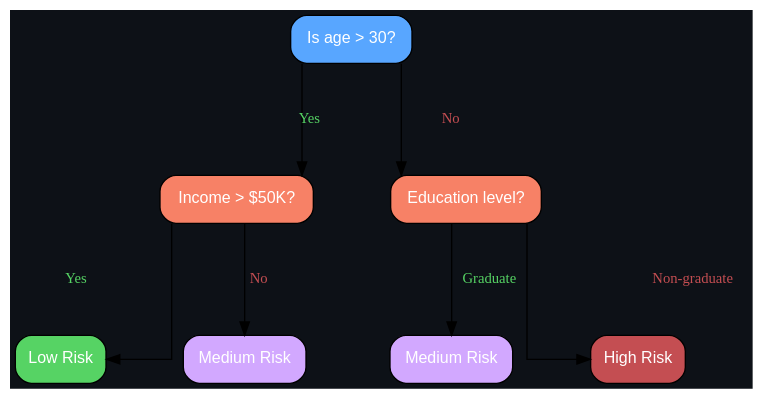
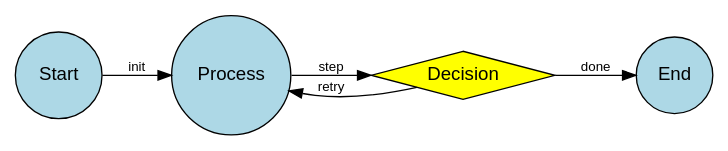
Before and after one commit to BaptisteLoquette/MyEmacs: the first of 3 diagrams in docs/superpowers/viz-framework/templates/agent-prompts/graphviz.md, drawn with Graphviz. The commit also changed other lines of this file and 8 other files, not shown here.

````diff
--- a/docs/superpowers/viz-framework/templates/agent-prompts/graphviz.md
+++ b/docs/superpowers/viz-framework/templates/agent-prompts/graphviz.md
@@ -25,30 +25,17 @@
 ```dot
-digraph G {
-    rankdir=TB
-    bgcolor="#0d1117"
-    fontname="Helvetica"
-    fontsize=14
-    nodesep=0.8
-    ranksep=1.0
-    splines=ortho
+digraph StateMachine {
+    rankdir=LR;
+    node [shape=circle, style=filled, fillcolor=lightblue, fontname="Helvetica"];
+    edge [fontname="Helvetica", fontsize=10];
 
-    node [shape=box, style="rounded,filled", fontcolor=white, fontname="Helvetica", fontsize=12]
+    S0 [label="Start"];
+    S1 [label="Process"];
+    S2 [label="Decision", shape=diamond, fillcolor=yellow];
+    S3 [label="End"];
 
-    root [label="Is age > 30?", fillcolor="#58A6FF"]
-    left [label="Income > $50K?", fillcolor="#F78166"]
-    right [label="Education level?", fillcolor="#F78166"]
-    leaf1 [label="Low Risk", fillcolor="#56D364"]
-    leaf2 [label="Medium Risk", fillcolor="#D2A8FF"]
-    leaf3 [label="Medium Risk", fillcolor="#D2A8FF"]
-    leaf4 [label="High Risk", fillcolor="#C44E52"]
-
-    root -> left  [label=" Yes", fontcolor="#56D364", fontsize=11]
-    root -> right [label=" No", fontcolor="#C44E52", fontsize=11]
-
-    left -> leaf1  [label=" Yes", fontcolor="#56D364", fontsize=11]
-    left -> leaf2  [label=" No", fontcolor="#C44E52", fontsize=11]
-
-    right -> leaf3 [label=" Graduate", fontcolor="#56D364", fontsize=11]
-    right -> leaf4 [label=" Non-graduate", fontcolor="#C44E52", fontsize=11]
+    S0 -> S1 [label="init"];
+    S1 -> S2 [label="step"];
+    S2 -> S1 [label="retry", constraint=false];
+    S2 -> S3 [label="done"];
 }
 ```
````
